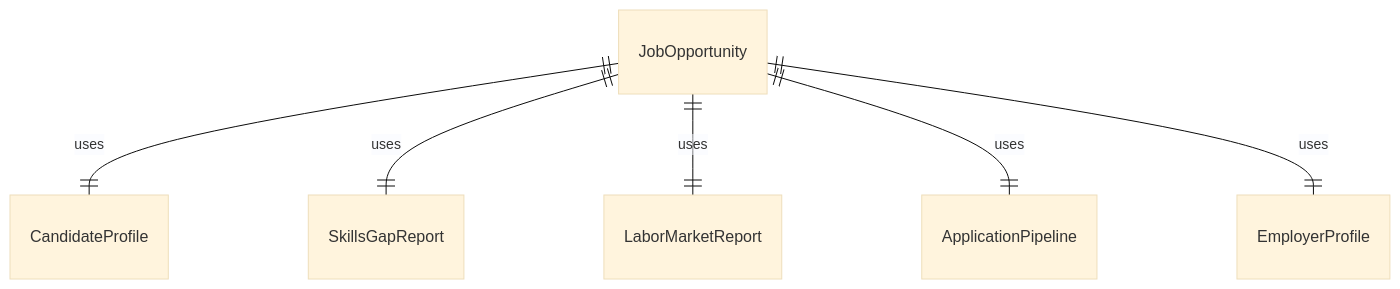
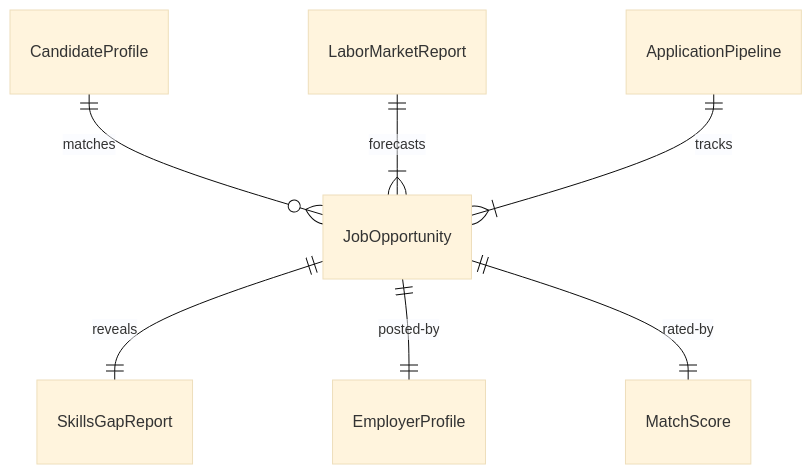
One commit to dot-org-ai/tasks.org.ai changed the first of 4 diagrams in IdentifyingObjectsActionsAndEvents/IdentifyBusinessOrOrganizationalOpportunities/IdentifyJobEmploymentOpportunities.mdx. Above: the diagram before and after it, drawn with Mermaid (base theme). The commit also changed other lines of this file and 515 other files, not shown here.

````diff
--- a/IdentifyingObjectsActionsAndEvents/IdentifyBusinessOrOrganizationalOpportunities/IdentifyJobEmploymentOpportunities.mdx
+++ b/IdentifyingObjectsActionsAndEvents/IdentifyBusinessOrOrganizationalOpportunities/IdentifyJobEmploymentOpportunities.mdx
@@ -93,8 +93,9 @@
 ```mermaid
 erDiagram
-    JobOpportunity ||--|| CandidateProfile : "uses"
-    JobOpportunity ||--|| SkillsGapReport : "uses"
-    JobOpportunity ||--|| LaborMarketReport : "uses"
-    JobOpportunity ||--|| ApplicationPipeline : "uses"
-    JobOpportunity ||--|| EmployerProfile : "uses"
+    CandidateProfile ||--o{ JobOpportunity : "matches"
+    JobOpportunity ||--|| SkillsGapReport : "reveals"
+    LaborMarketReport ||--|{ JobOpportunity : "forecasts"
+    ApplicationPipeline ||--|{ JobOpportunity : "tracks"
+    JobOpportunity ||--|| EmployerProfile : "posted-by"
+    JobOpportunity ||--|| MatchScore : "rated-by"
 ```
````
